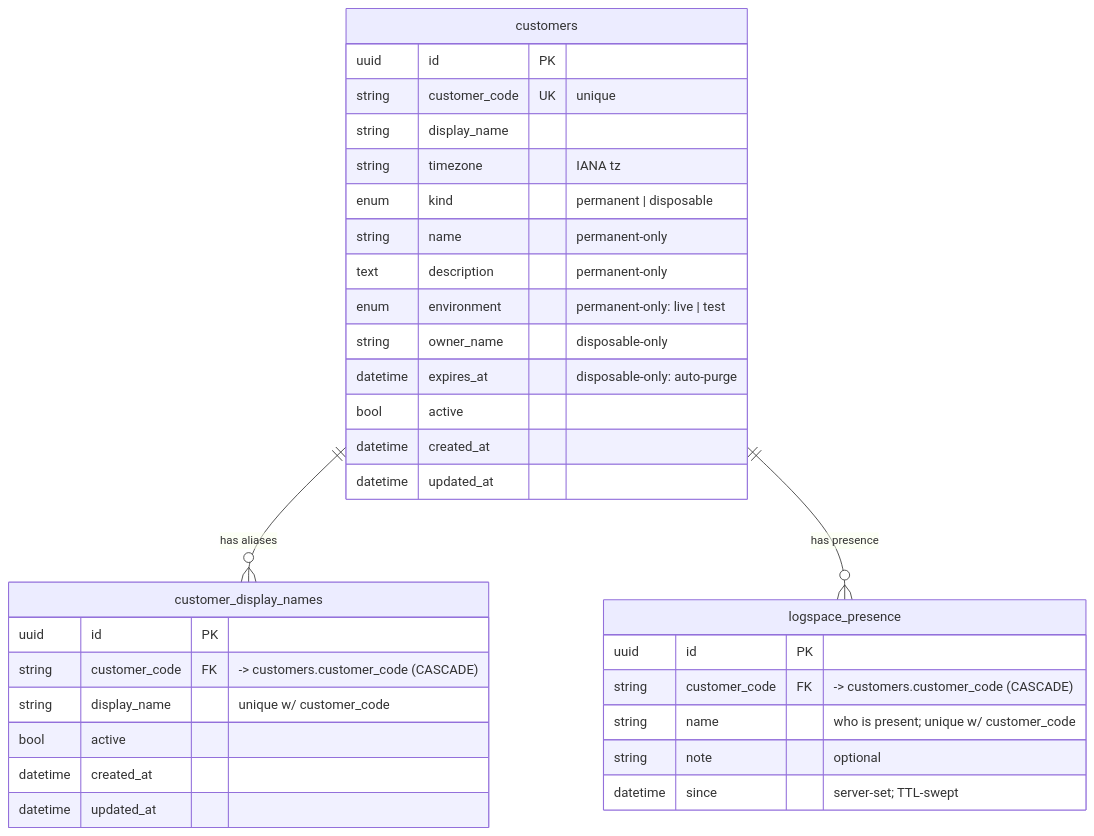
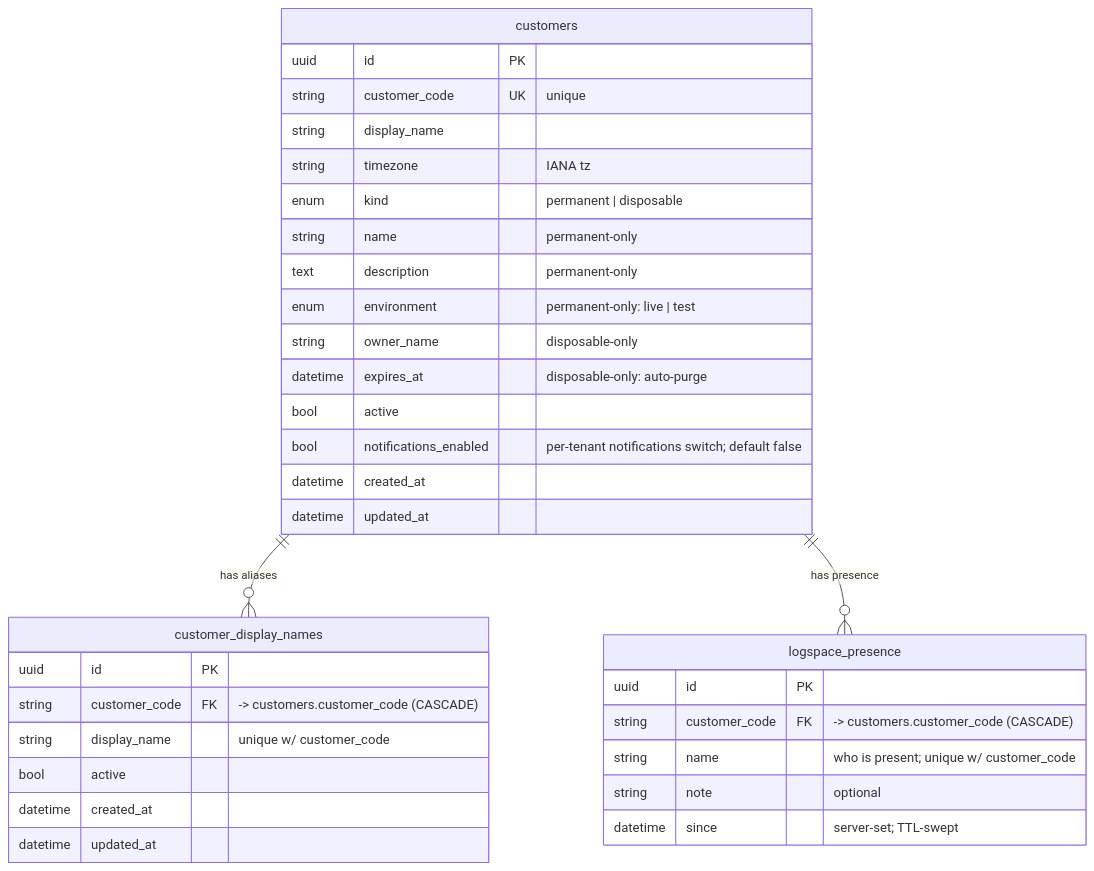
Before and after one commit to eamtalu/RAG-PipeLine: the seventh of 10 diagrams in docs/database-er-diagram.md, drawn with Mermaid. The commit also changed other lines of this file and 16 other files, not shown here.

````diff
--- a/docs/database-er-diagram.md
+++ b/docs/database-er-diagram.md
@@ -485,38 +485,39 @@
 ```mermaid
 erDiagram
     customers {
         uuid id PK
         string customer_code UK "unique"
         string display_name
         string timezone "IANA tz"
         enum kind "permanent | disposable"
         string name "permanent-only"
         text description "permanent-only"
         enum environment "permanent-only: live | test"
         string owner_name "disposable-only"
         datetime expires_at "disposable-only: auto-purge"
         bool active
+        bool notifications_enabled "per-tenant notifications switch; default false"
         datetime created_at
         datetime updated_at
     }
 
     customer_display_names {
         uuid id PK
         string customer_code FK "-> customers.customer_code (CASCADE)"
         string display_name "unique w/ customer_code"
         bool active
         datetime created_at
         datetime updated_at
     }
 
     logspace_presence {
         uuid id PK
         string customer_code FK "-> customers.customer_code (CASCADE)"
         string name "who is present; unique w/ customer_code"
         string note "optional"
         datetime since "server-set; TTL-swept"
     }
 
     customers ||--o{ customer_display_names : "has aliases"
     customers ||--o{ logspace_presence : "has presence"
 ```
````
